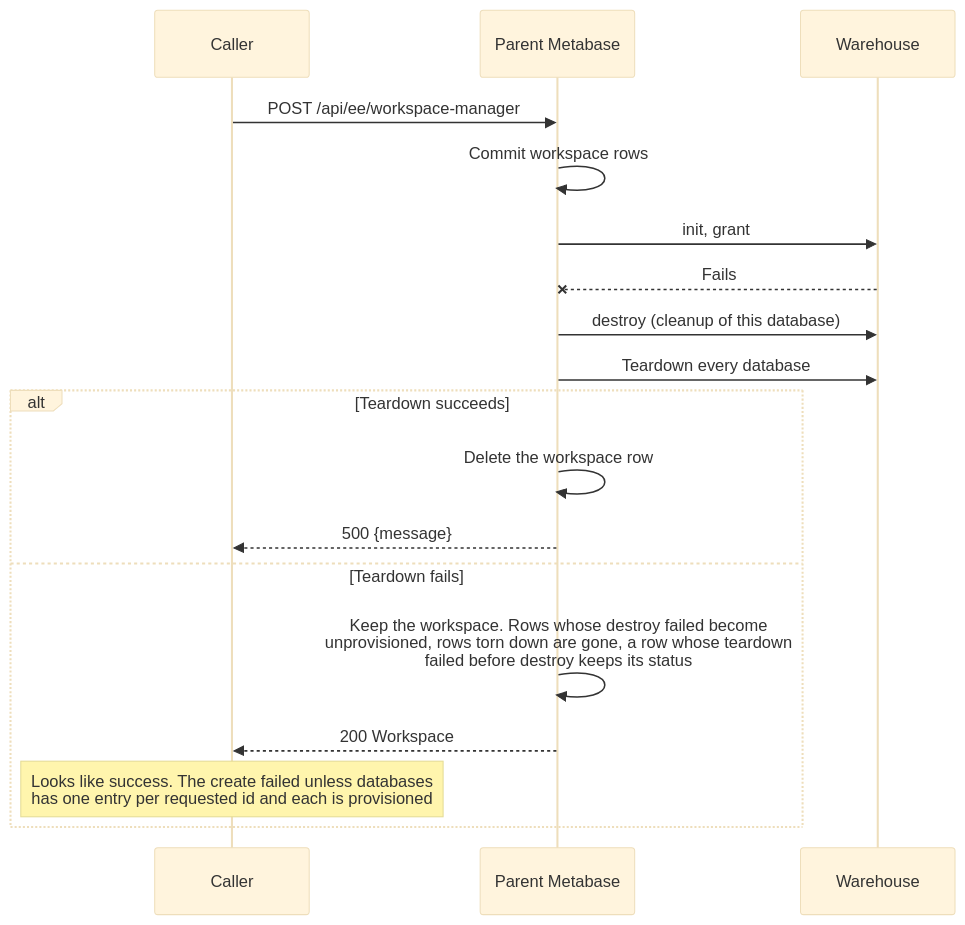
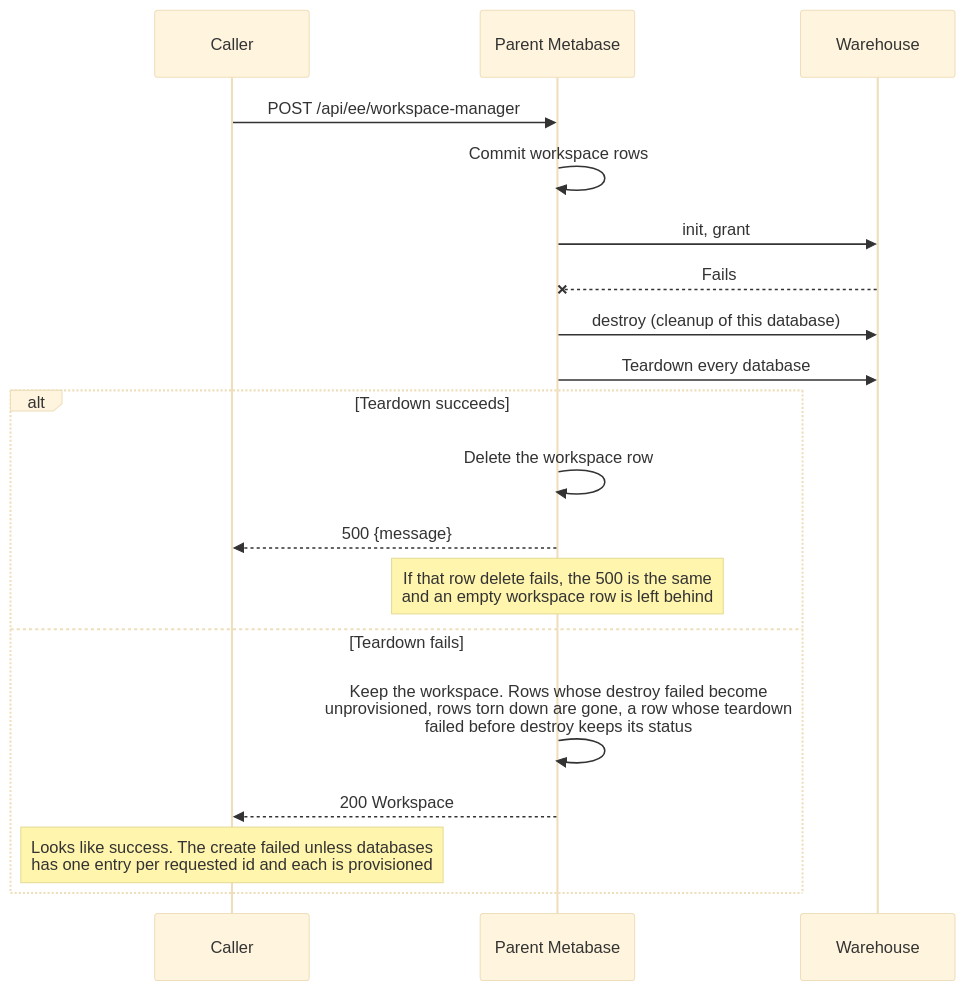
One commit to metabase/metabase changed the second of 7 diagrams in contracts/workspaces/README.md. Above: the diagram before and after it, drawn with Mermaid (base theme). The commit also changed other lines of this file, not shown here.

````diff
--- a/contracts/workspaces/README.md
+++ b/contracts/workspaces/README.md
@@ -55,21 +55,22 @@
 ```mermaid
 sequenceDiagram
     participant C as Caller
     participant P as Parent Metabase
     participant W as Warehouse
 
     C->>P: POST /api/ee/workspace-manager
     P->>P: Commit workspace rows
     P->>W: init, grant
     W--xP: Fails
     P->>W: destroy (cleanup of this database)
     P->>W: Teardown every database
     alt Teardown succeeds
         P->>P: Delete the workspace row
         P-->>C: 500 {message}
+        Note over P: If that row delete fails, the 500 is the same<br/>and an empty workspace row is left behind
     else Teardown fails
         P->>P: Keep the workspace. Rows whose destroy failed become<br/>unprovisioned, rows torn down are gone, a row whose teardown<br/>failed before destroy keeps its status
         P-->>C: 200 Workspace
         Note over C: Looks like success. The create failed unless databases<br/>has one entry per requested id and each is provisioned
     end
 ```
````
